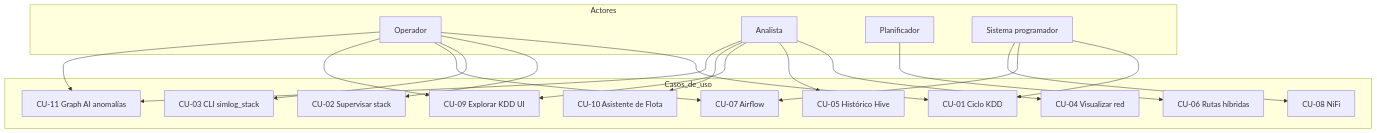
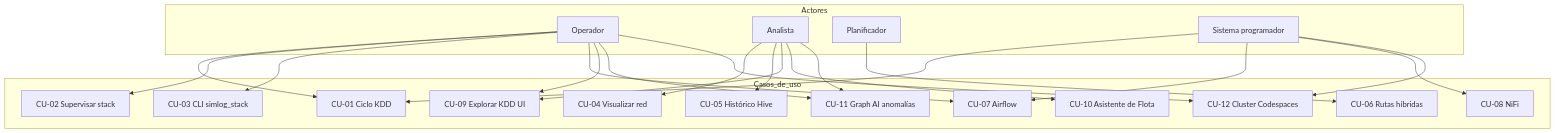
Before and after one commit to gracobjo/proyecto_transporte_global_standalone: the first of 12 diagrams in docs/DIAGRAMAS_MERMAID.md, drawn with Mermaid. The commit also changed other lines of this file and 6 other files, not shown here.

First line of the commit message:
﻿docs: alinear diseño y manuales con cluster codespaces

````diff
--- a/docs/DIAGRAMAS_MERMAID.md
+++ b/docs/DIAGRAMAS_MERMAID.md
@@ -9,37 +9,40 @@
 ```mermaid
 flowchart TB
   subgraph Actores
     OP[Operador]
     AN[Analista]
     PL[Planificador]
     SCH[Sistema programador]
   end
   subgraph Casos_de_uso
     UC1[CU-01 Ciclo KDD]
     UC2[CU-02 Supervisar stack]
     UC3[CU-03 CLI simlog_stack]
     UC4[CU-04 Visualizar red]
     UC5[CU-05 Histórico Hive]
     UC6[CU-06 Rutas híbridas]
     UC7[CU-07 Airflow]
     UC8[CU-08 NiFi]
     UC9[CU-09 Explorar KDD UI]
     UC10[CU-10 Asistente de Flota]
     UC11[CU-11 Graph AI anomalías]
+    UC12[CU-12 Cluster Codespaces]
   end
   OP --> UC1
   OP --> UC2
   OP --> UC3
   OP --> UC7
   OP --> UC9
   AN --> UC4
   AN --> UC5
   AN --> UC9
   AN --> UC10
   PL --> UC6
   SCH --> UC1
   SCH --> UC7
   SCH --> UC8
+  SCH --> UC12
   OP --> UC11
   AN --> UC11
+  OP --> UC12
 ```
````
